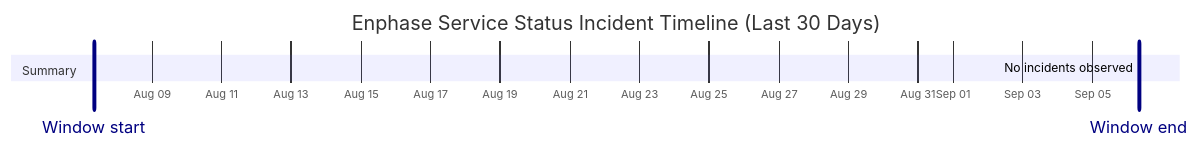
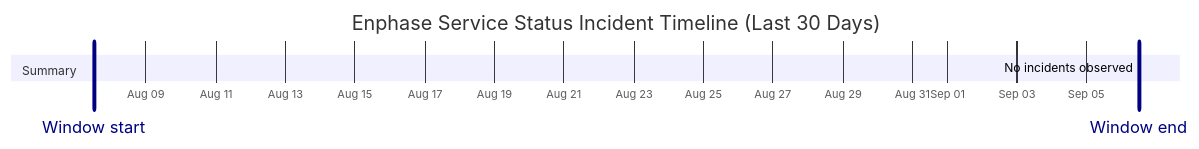
The diagram in wiki/Service-Status-History.md (barneyonline/ha-enphase-energy), drawn with Mermaid before and after one commit. The commit also changed other lines of this file and 3 other files, not shown here.

````diff
--- a/wiki/Service-Status-History.md
+++ b/wiki/Service-Status-History.md
@@ -14,10 +14,10 @@
 ```mermaid
 gantt
     title Enphase Service Status Incident Timeline (Last 30 Days)
     dateFormat  YYYY-MM-DDTHH:mm:ss
     axisFormat  %b %d
-    Window start :vert, window-start, 2026-08-07T08:02:08, 0ms
-    Window end :vert, window-end, 2026-09-06T08:02:08, 0ms
+    Window start :vert, window-start, 2026-08-07T12:14:15, 0ms
+    Window end :vert, window-end, 2026-09-06T12:14:15, 0ms
     section Summary
-    No incidents observed :done, 2026-09-06T08:02:08, 1m
+    No incidents observed :done, 2026-09-06T12:14:15, 1m
 ```
````
